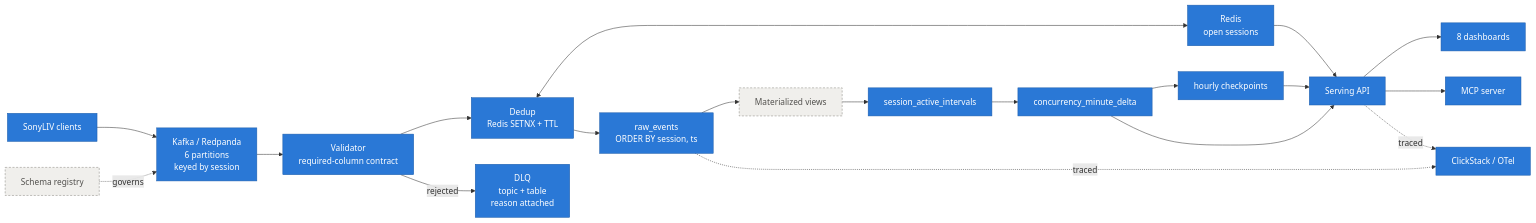
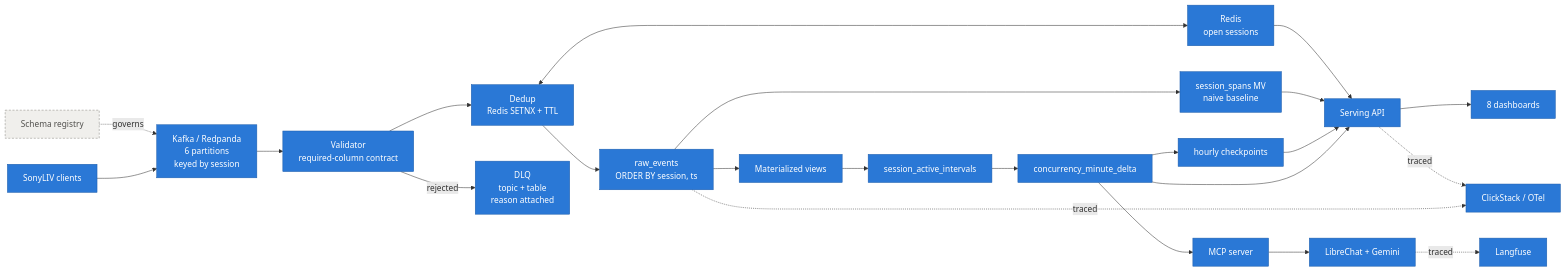
Before and after one commit to preethamresearch/nirad-sonyliv-concurrency: the first of 2 diagrams in README.md, drawn with Mermaid. The commit also changed other lines of this file and 1 other file, not shown here.

First line of the commit message:
README and deck carry the cloud architecture

````diff
--- a/README.md
+++ b/README.md
@@ -109,26 +109,30 @@
 ```mermaid
 flowchart LR
   APP["SonyLIV clients"] --> K["Kafka / Redpanda<br/>6 partitions<br/>keyed by session"]
   SR["Schema registry"] -. governs .-> K
   K --> V["Validator<br/>required-column contract"]
   V --> D["Dedup<br/>Redis SETNX + TTL"]
   V -- rejected --> DLQ["DLQ<br/>topic + table<br/>reason attached"]
   D <--> R["Redis<br/>open sessions"]
   D --> RAW["raw_events<br/>ORDER BY session, ts"]
   RAW --> MV["Materialized views"]
   MV --> IV["session_active_intervals"]
   IV --> DL["concurrency_minute_delta"]
   DL --> CP["hourly checkpoints"]
+  RAW --> SP["session_spans MV<br/>naive baseline"]
   DL --> API["Serving API"]
   CP --> API
+  SP --> API
   R --> API
   API --> UI["8 dashboards"]
-  API --> MCP["MCP server"]
+  DL --> MCP["MCP server"]
+  MCP --> LC["LibreChat + Gemini"]
   RAW -. traced .-> OBS["ClickStack / OTel"]
   API -. traced .-> OBS
+  LC -. traced .-> LF["Langfuse"]
 
   classDef built fill:#2a78d6,stroke:#1c5cab,color:#fff;
   classDef design fill:#f0efec,stroke:#898781,color:#52514e,stroke-dasharray:4 3;
-  class APP,K,V,D,DLQ,R,RAW,IV,DL,CP,API,UI,MCP,OBS built;
-  class SR,MV design;
+  class APP,K,V,D,DLQ,R,RAW,IV,DL,CP,API,UI,MCP,OBS,MV,SP,LC,LF built;
+  class SR design;
 ```
````
